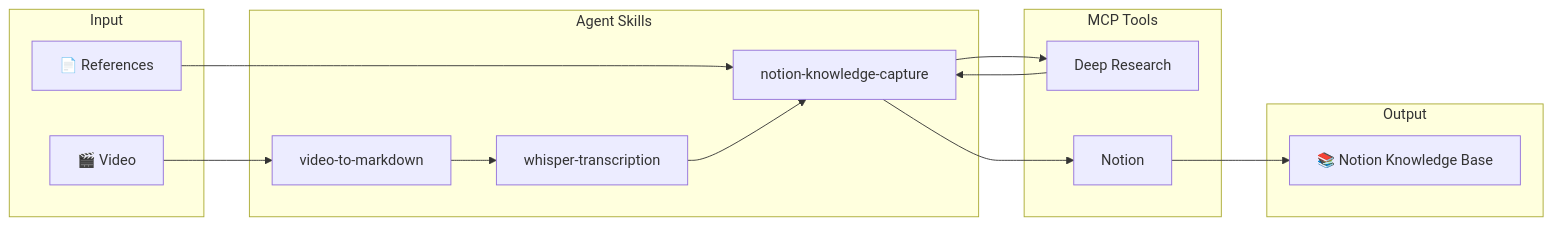
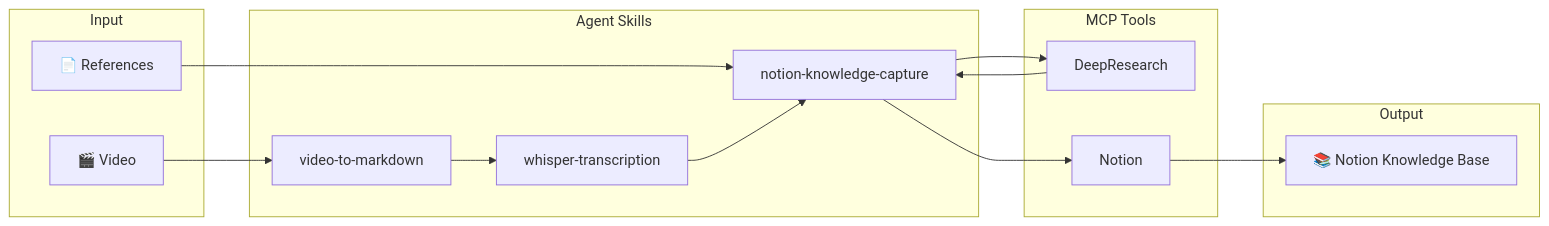
Before and after one commit to nblog/video2doc: the first of 2 diagrams in README.en.md, drawn with Mermaid. The commit also changed other lines of this file and 1 other file, not shown here.

````diff
--- a/README.en.md
+++ b/README.en.md
@@ -11,31 +11,31 @@
 ```mermaid
 flowchart LR
     subgraph Input
         V[🎬 Video]
         R[📄 References]
     end
 
     subgraph Skills["Agent Skills"]
         S1[video-to-markdown]
         S2[whisper-transcription]
         S3[notion-knowledge-capture]
     end
 
     subgraph MCP["MCP Tools"]
-        T1[Deep Research]
+        T1[DeepResearch]
         T2[Notion]
     end
 
     subgraph Output
         N[📚 Notion Knowledge Base]
     end
 
     V --> S1
     S1 --> S2
     R --> S3
     S2 --> S3
     S3 --> T1
     T1 --> S3
     S3 --> T2
     T2 --> N
 ```
````
